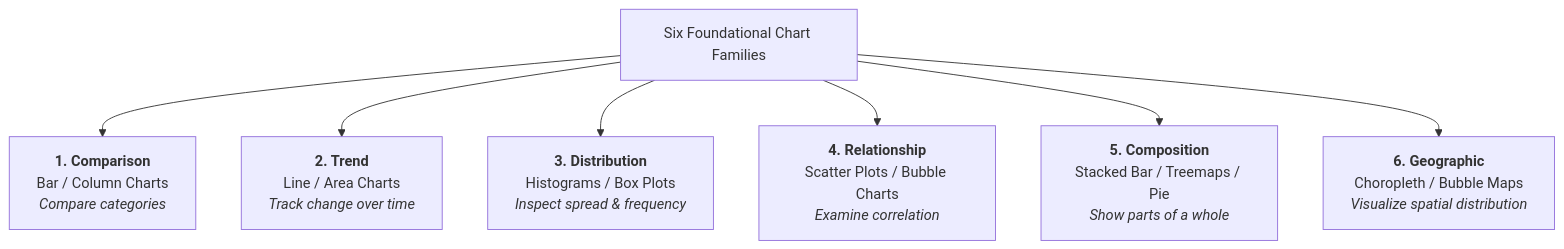
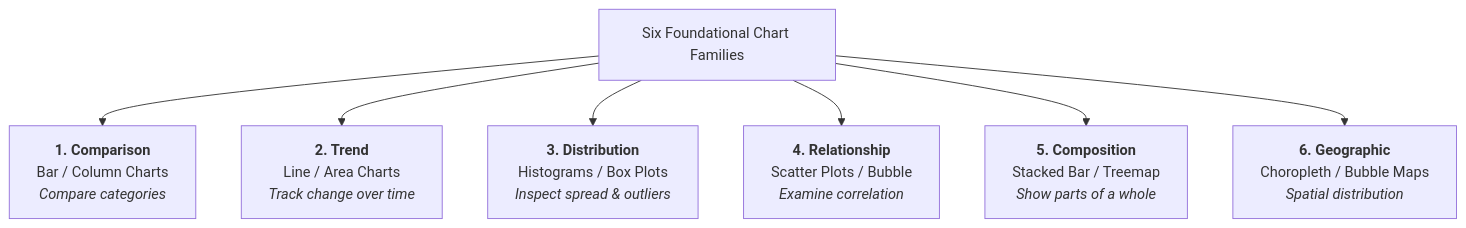
Before and after one commit to DeepLumiere/DeepSkills: the sixth of 9 diagrams in notes/data_analysis/Chapter8_Business_Data_Visualization_Definition_Purpose_Usage.md, drawn with Mermaid. The commit also changed other lines of this file and 8 other files, not shown here.

````diff
--- a/notes/data_analysis/Chapter8_Business_Data_Visualization_Definition_Purpose_Usage.md
+++ b/notes/data_analysis/Chapter8_Business_Data_Visualization_Definition_Purpose_Usage.md
@@ -256,10 +186,10 @@
 ```mermaid
 flowchart TD
     ChartFamilies["Six Foundational Chart Families"]
     ChartFamilies --> C1["<b>1. Comparison</b><br/>Bar / Column Charts<br/><i>Compare categories</i>"]
     ChartFamilies --> C2["<b>2. Trend</b><br/>Line / Area Charts<br/><i>Track change over time</i>"]
-    ChartFamilies --> C3["<b>3. Distribution</b><br/>Histograms / Box Plots<br/><i>Inspect spread & frequency</i>"]
-    ChartFamilies --> C4["<b>4. Relationship</b><br/>Scatter Plots / Bubble Charts<br/><i>Examine correlation</i>"]
-    ChartFamilies --> C5["<b>5. Composition</b><br/>Stacked Bar / Treemaps / Pie<br/><i>Show parts of a whole</i>"]
-    ChartFamilies --> C6["<b>6. Geographic</b><br/>Choropleth / Bubble Maps<br/><i>Visualize spatial distribution</i>"]
+    ChartFamilies --> C3["<b>3. Distribution</b><br/>Histograms / Box Plots<br/><i>Inspect spread & outliers</i>"]
+    ChartFamilies --> C4["<b>4. Relationship</b><br/>Scatter Plots / Bubble<br/><i>Examine correlation</i>"]
+    ChartFamilies --> C5["<b>5. Composition</b><br/>Stacked Bar / Treemap<br/><i>Show parts of a whole</i>"]
+    ChartFamilies --> C6["<b>6. Geographic</b><br/>Choropleth / Bubble Maps<br/><i>Spatial distribution</i>"]
 ```
````
